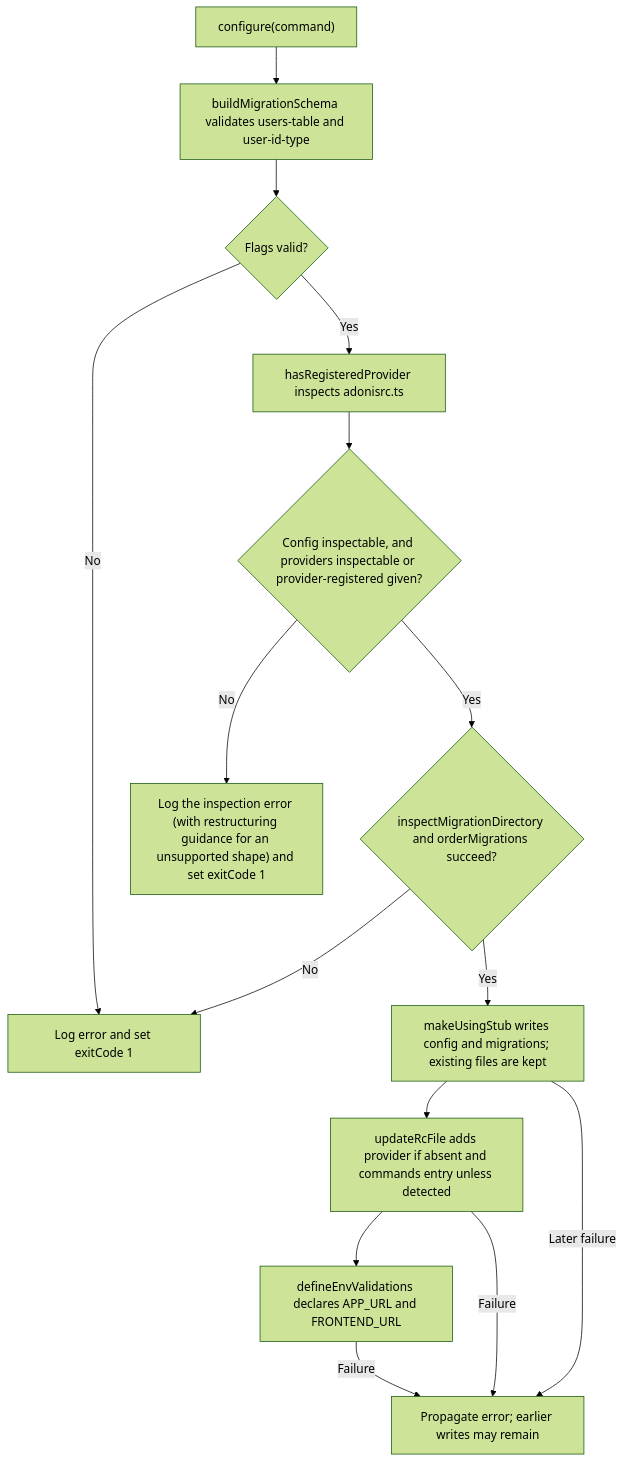
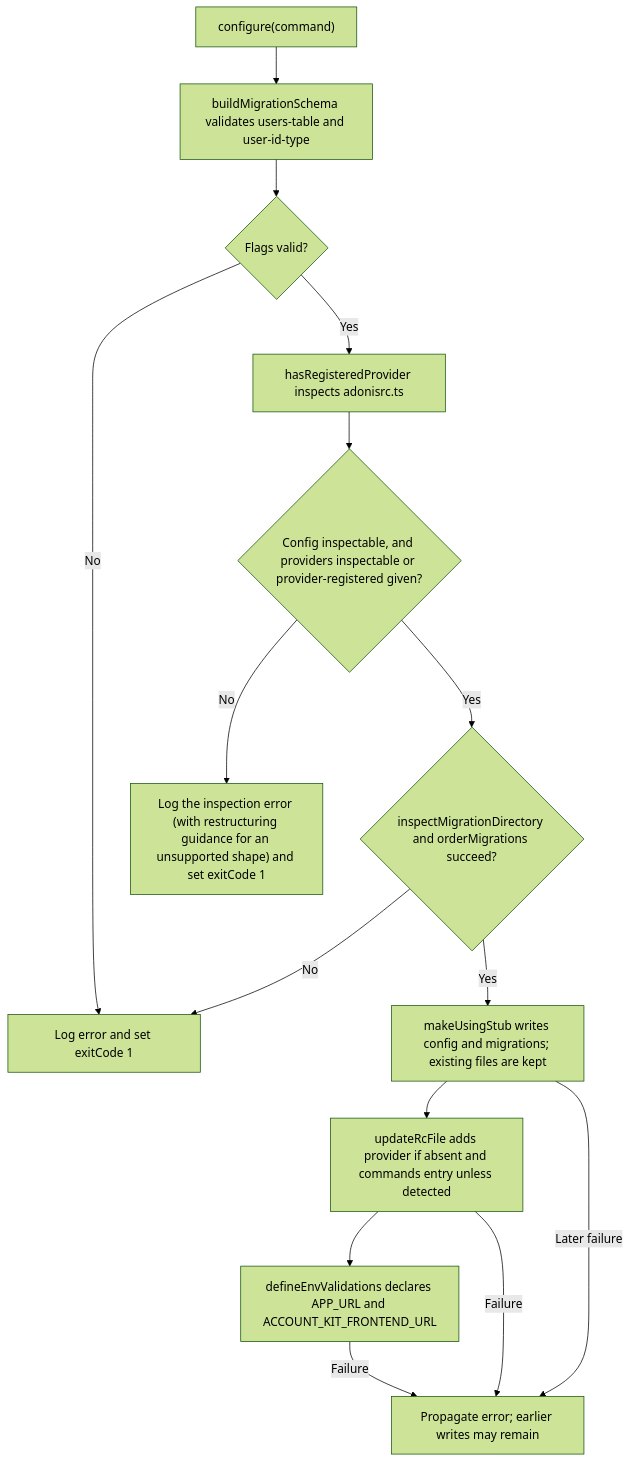
Before and after one commit to Kevinjohn/oss-adonisjs-account-kit: the second of 2 diagrams in user-stories/US-ACCOUNT-60-install-account-kit-package.md, drawn with Mermaid (forest theme). The commit also changed other lines of this file and 570 other files, not shown here.

Commit message:
Align Account Kit with settled package conventions

````diff
--- a/user-stories/US-ACCOUNT-60-install-account-kit-package.md
+++ b/user-stories/US-ACCOUNT-60-install-account-kit-package.md
@@ -49,17 +49,17 @@
 ```mermaid
 flowchart TD
     A["configure(command)"] --> B["buildMigrationSchema validates users-table and user-id-type"]
     B --> C{"Flags valid?"}
     C -->|No| D["Log error and set exitCode 1"]
     C -->|Yes| E["hasRegisteredProvider inspects adonisrc.ts"]
     E --> F{"Config inspectable, and providers inspectable or provider-registered given?"}
     F -->|No| G["Log the inspection error (with restructuring guidance for an unsupported shape) and set exitCode 1"]
     F -->|Yes| M{"inspectMigrationDirectory and orderMigrations succeed?"}
     M -->|No| D
     M -->|Yes| H["makeUsingStub writes config and migrations; existing files are kept"]
     H --> I["updateRcFile adds provider if absent and commands entry unless detected"]
-    I --> J["defineEnvValidations declares APP_URL and FRONTEND_URL"]
+    I --> J["defineEnvValidations declares APP_URL and ACCOUNT_KIT_FRONTEND_URL"]
     H -->|Later failure| X["Propagate error; earlier writes may remain"]
     I -->|Failure| X
     J -->|Failure| X
 ```
````
